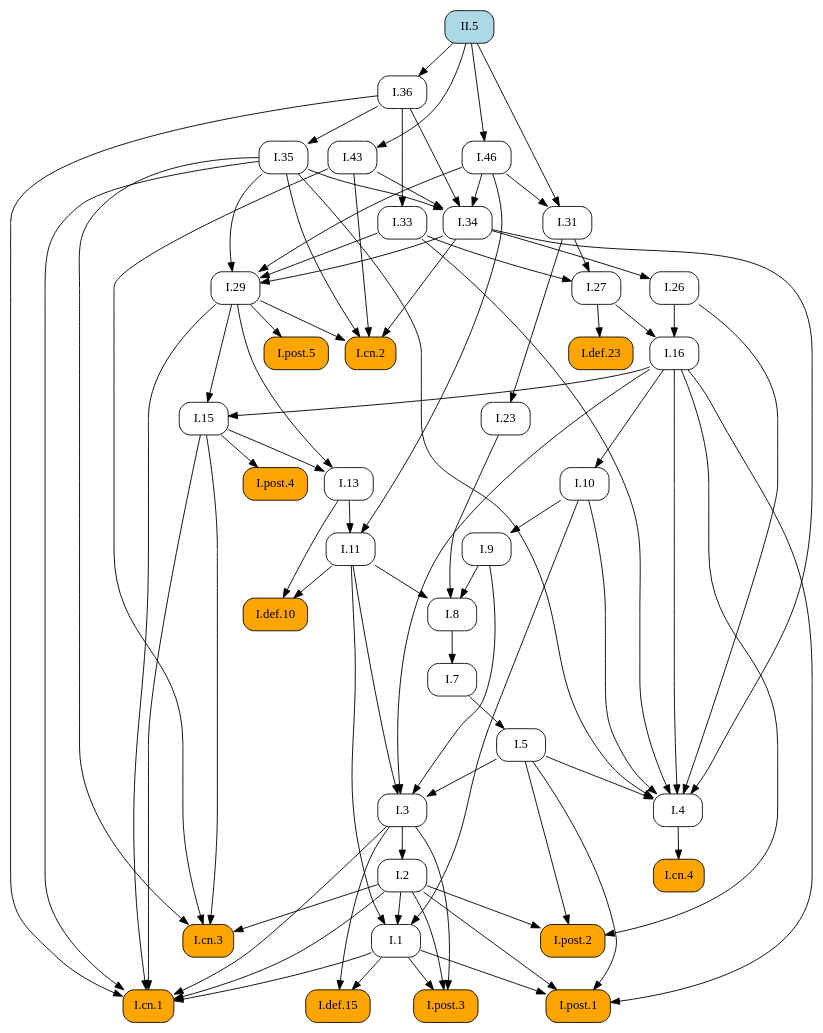
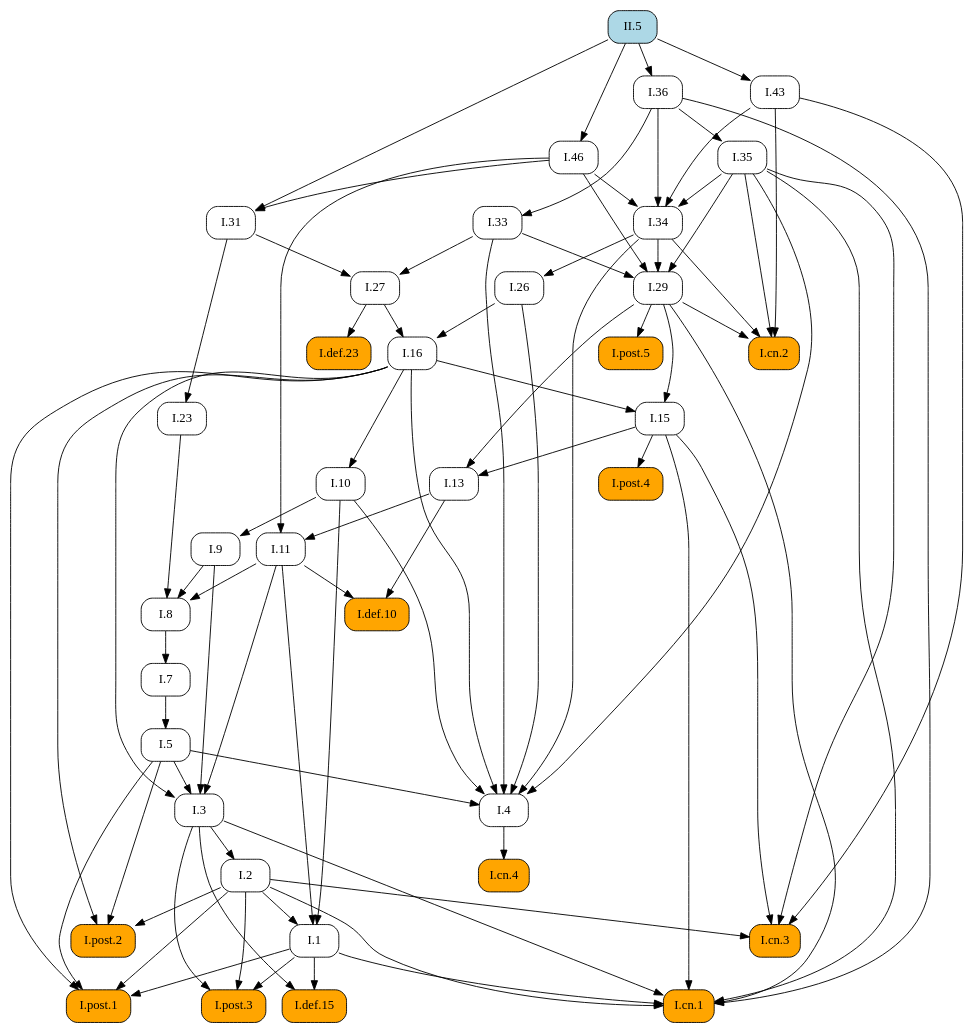
The diagram in docsrc/elements2/II/5/index.rst (geometor/elements), drawn with Graphviz before and after one commit. The commit also changed other lines of this file and 409 other files, not shown here.

First line of the commit message:
feat: Add image cropping and graphic extraction script

```diff
--- a/docsrc/elements2/II/5/index.rst
+++ b/docsrc/elements2/II/5/index.rst
@@ -83,87 +83,53 @@
    digraph {
      rankdir="TB";
      node [shape=box, style=rounded];
+     "I.43" [URL="/elements2/I/43/", target="_top"];
+     "I.31" [URL="/elements2/I/31/", target="_top"];
      "I.8" [URL="/elements2/I/8/", target="_top"];
+     "I.15" [URL="/elements2/I/15/", target="_top"];
+     "I.5" [URL="/elements2/I/5/", target="_top"];
+     "I.26" [URL="/elements2/I/26/", target="_top"];
+     "I.cn.1" [style="rounded,filled", fillcolor=orange, URL="/elements2/I/cn.1/", target="_top"];
+     "I.7" [URL="/elements2/I/7/", target="_top"];
+     "I.23" [URL="/elements2/I/23/", target="_top"];
+     "I.16" [URL="/elements2/I/16/", target="_top"];
+     "I.35" [URL="/elements2/I/35/", target="_top"];
+     "I.34" [URL="/elements2/I/34/", target="_top"];
+     "I.33" [URL="/elements2/I/33/", target="_top"];
+     "I.def.15" [style="rounded,filled", fillcolor=orange, URL="/elements2/I/def.15/", target="_top"];
      "I.46" [URL="/elements2/I/46/", target="_top"];
+     "I.def.10" [style="rounded,filled", fillcolor=orange, URL="/elements2/I/def.10/", target="_top"];
+     "I.11" [URL="/elements2/I/11/", target="_top"];
+     "I.def.23" [style="rounded,filled", fillcolor=orange, URL="/elements2/I/def.23/", target="_top"];
+     "I.post.4" [style="rounded,filled", fillcolor=orange, URL="/elements2/I/post.4/", target="_top"];
+     "I.post.5" [style="rounded,filled", fillcolor=orange, URL="/elements2/I/post.5/", target="_top"];
+     "I.3" [URL="/elements2/I/3/", target="_top"];
+     "I.10" [URL="/elements2/I/10/", target="_top"];
+     "II.5" [style="rounded,filled", fillcolor=lightblue, URL="/elements2/II/5/", target="_top"];
+     "I.cn.3" [style="rounded,filled", fillcolor=orange, URL="/elements2/I/cn.3/", target="_top"];
+     "I.13" [URL="/elements2/I/13/", target="_top"];
+     "I.4" [URL="/elements2/I/4/", target="_top"];
+     "I.post.3" [style="rounded,filled", fillcolor=orange, URL="/elements2/I/post.3/", target="_top"];
+     "I.9" [URL="/elements2/I/9/", target="_top"];
+     "I.29" [URL="/elements2/I/29/", target="_top"];
      "I.36" [URL="/elements2/I/36/", target="_top"];
      "I.post.1" [style="rounded,filled", fillcolor=orange, URL="/elements2/I/post.1/", target="_top"];
-     "I.33" [URL="/elements2/I/33/", target="_top"];
-     "I.5" [URL="/elements2/I/5/", target="_top"];
-     "I.post.5" [style="rounded,filled", fillcolor=orange, URL="/elements2/I/post.5/", target="_top"];
-     "I.def.10" [style="rounded,filled", fillcolor=orange, URL="/elements2/I/def.10/", target="_top"];
-     "I.cn.2" [style="rounded,filled", fillcolor=orange, URL="/elements2/I/cn.2/", target="_top"];
-     "I.def.15" [style="rounded,filled", fillcolor=orange, URL="/elements2/I/def.15/", target="_top"];
-     "I.31" [URL="/elements2/I/31/", target="_top"];
-     "I.11" [URL="/elements2/I/11/", target="_top"];
-     "I.43" [URL="/elements2/I/43/", target="_top"];
-     "I.3" [URL="/elements2/I/3/", target="_top"];
-     "I.def.23" [style="rounded,filled", fillcolor=orange, URL="/elements2/I/def.23/", target="_top"];
-     "I.post.2" [style="rounded,filled", fillcolor=orange, URL="/elements2/I/post.2/", target="_top"];
-     "I.26" [URL="/elements2/I/26/", target="_top"];
-     "I.cn.3" [style="rounded,filled", fillcolor=orange, URL="/elements2/I/cn.3/", target="_top"];
-     "I.1" [URL="/elements2/I/1/", target="_top"];
-     "I.cn.4" [style="rounded,filled", fillcolor=orange, URL="/elements2/I/cn.4/", target="_top"];
-     "I.7" [URL="/elements2/I/7/", target="_top"];
-     "I.9" [URL="/elements2/I/9/", target="_top"];
-     "II.5" [style="rounded,filled", fillcolor=lightblue, URL="/elements2/II/5/", target="_top"];
-     "I.cn.1" [style="rounded,filled", fillcolor=orange, URL="/elements2/I/cn.1/", target="_top"];
-     "I.29" [URL="/elements2/I/29/", target="_top"];
-     "I.16" [URL="/elements2/I/16/", target="_top"];
-     "I.post.4" [style="rounded,filled", fillcolor=orange, URL="/elements2/I/post.4/", target="_top"];
-     "I.13" [URL="/elements2/I/13/", target="_top"];
-     "I.35" [URL="/elements2/I/35/", target="_top"];
      "I.2" [URL="/elements2/I/2/", target="_top"];
      "I.27" [URL="/elements2/I/27/", target="_top"];
-     "I.4" [URL="/elements2/I/4/", target="_top"];
-     "I.10" [URL="/elements2/I/10/", target="_top"];
-     "I.15" [URL="/elements2/I/15/", target="_top"];
-     "I.34" [URL="/elements2/I/34/", target="_top"];
-     "I.23" [URL="/elements2/I/23/", target="_top"];
-     "I.post.3" [style="rounded,filled", fillcolor=orange, URL="/elements2/I/post.3/", target="_top"];
+     "I.1" [URL="/elements2/I/1/", target="_top"];
+     "I.cn.2" [style="rounded,filled", fillcolor=orange, URL="/elements2/I/cn.2/", target="_top"];
+     "I.cn.4" [style="rounded,filled", fillcolor=orange, URL="/elements2/I/cn.4/", target="_top"];
+     "I.post.2" [style="rounded,filled", fillcolor=orange, URL="/elements2/I/post.2/", target="_top"];
+     "II.5" -> "I.43";
+     "I.46" -> "I.31";
+     "II.5" -> "I.31";
      "I.9" -> "I.8";
      "I.11" -> "I.8";
      "I.23" -> "I.8";
-     "II.5" -> "I.46";
-     "II.5" -> "I.36";
-     "I.1" -> "I.post.1";
-     "I.2" -> "I.post.1";
-     "I.5" -> "I.post.1";
-     "I.16" -> "I.post.1";
-     "I.36" -> "I.33";
+     "I.16" -> "I.15";
+     "I.29" -> "I.15";
      "I.7" -> "I.5";
-     "I.29" -> "I.post.5";
-     "I.11" -> "I.def.10";
-     "I.13" -> "I.def.10";
-     "I.29" -> "I.cn.2";
-     "I.34" -> "I.cn.2";
-     "I.35" -> "I.cn.2";
-     "I.43" -> "I.cn.2";
-     "I.1" -> "I.def.15";
-     "I.3" -> "I.def.15";
-     "I.46" -> "I.31";
-     "II.5" -> "I.31";
-     "I.13" -> "I.11";
-     "I.46" -> "I.11";
-     "II.5" -> "I.43";
-     "I.5" -> "I.3";
-     "I.9" -> "I.3";
-     "I.11" -> "I.3";
-     "I.16" -> "I.3";
-     "I.27" -> "I.def.23";
-     "I.2" -> "I.post.2";
-     "I.5" -> "I.post.2";
-     "I.16" -> "I.post.2";
      "I.34" -> "I.26";
-     "I.2" -> "I.cn.3";
-     "I.15" -> "I.cn.3";
-     "I.35" -> "I.cn.3";
-     "I.43" -> "I.cn.3";
-     "I.2" -> "I.1";
-     "I.10" -> "I.1";
-     "I.11" -> "I.1";
-     "I.4" -> "I.cn.4";
-     "I.8" -> "I.7";
-     "I.10" -> "I.9";
      "I.1" -> "I.cn.1";
      "I.2" -> "I.cn.1";
      "I.3" -> "I.cn.1";
@@ -171,19 +137,37 @@
      "I.29" -> "I.cn.1";
      "I.35" -> "I.cn.1";
      "I.36" -> "I.cn.1";
-     "I.33" -> "I.29";
-     "I.34" -> "I.29";
-     "I.35" -> "I.29";
-     "I.46" -> "I.29";
+     "I.8" -> "I.7";
+     "I.31" -> "I.23";
      "I.26" -> "I.16";
      "I.27" -> "I.16";
+     "I.36" -> "I.35";
+     "I.35" -> "I.34";
+     "I.36" -> "I.34";
+     "I.43" -> "I.34";
+     "I.46" -> "I.34";
+     "I.36" -> "I.33";
+     "I.1" -> "I.def.15";
+     "I.3" -> "I.def.15";
+     "II.5" -> "I.46";
+     "I.11" -> "I.def.10";
+     "I.13" -> "I.def.10";
+     "I.13" -> "I.11";
+     "I.46" -> "I.11";
+     "I.27" -> "I.def.23";
      "I.15" -> "I.post.4";
+     "I.29" -> "I.post.5";
+     "I.5" -> "I.3";
+     "I.9" -> "I.3";
+     "I.11" -> "I.3";
+     "I.16" -> "I.3";
+     "I.16" -> "I.10";
+     "I.2" -> "I.cn.3";
+     "I.15" -> "I.cn.3";
+     "I.35" -> "I.cn.3";
+     "I.43" -> "I.cn.3";
      "I.15" -> "I.13";
      "I.29" -> "I.13";
-     "I.36" -> "I.35";
-     "I.3" -> "I.2";
-     "I.31" -> "I.27";
-     "I.33" -> "I.27";
      "I.5" -> "I.4";
      "I.10" -> "I.4";
      "I.16" -> "I.4";
@@ -191,15 +175,31 @@
      "I.33" -> "I.4";
      "I.34" -> "I.4";
      "I.35" -> "I.4";
-     "I.16" -> "I.10";
-     "I.16" -> "I.15";
-     "I.29" -> "I.15";
-     "I.35" -> "I.34";
-     "I.36" -> "I.34";
-     "I.43" -> "I.34";
-     "I.46" -> "I.34";
-     "I.31" -> "I.23";
      "I.1" -> "I.post.3";
      "I.2" -> "I.post.3";
      "I.3" -> "I.post.3";
+     "I.10" -> "I.9";
+     "I.33" -> "I.29";
+     "I.34" -> "I.29";
+     "I.35" -> "I.29";
+     "I.46" -> "I.29";
+     "II.5" -> "I.36";
+     "I.1" -> "I.post.1";
+     "I.2" -> "I.post.1";
+     "I.5" -> "I.post.1";
+     "I.16" -> "I.post.1";
+     "I.3" -> "I.2";
+     "I.31" -> "I.27";
+     "I.33" -> "I.27";
+     "I.2" -> "I.1";
+     "I.10" -> "I.1";
+     "I.11" -> "I.1";
+     "I.29" -> "I.cn.2";
+     "I.34" -> "I.cn.2";
+     "I.35" -> "I.cn.2";
+     "I.43" -> "I.cn.2";
+     "I.4" -> "I.cn.4";
+     "I.2" -> "I.post.2";
+     "I.5" -> "I.post.2";
+     "I.16" -> "I.post.2";
    }
```
